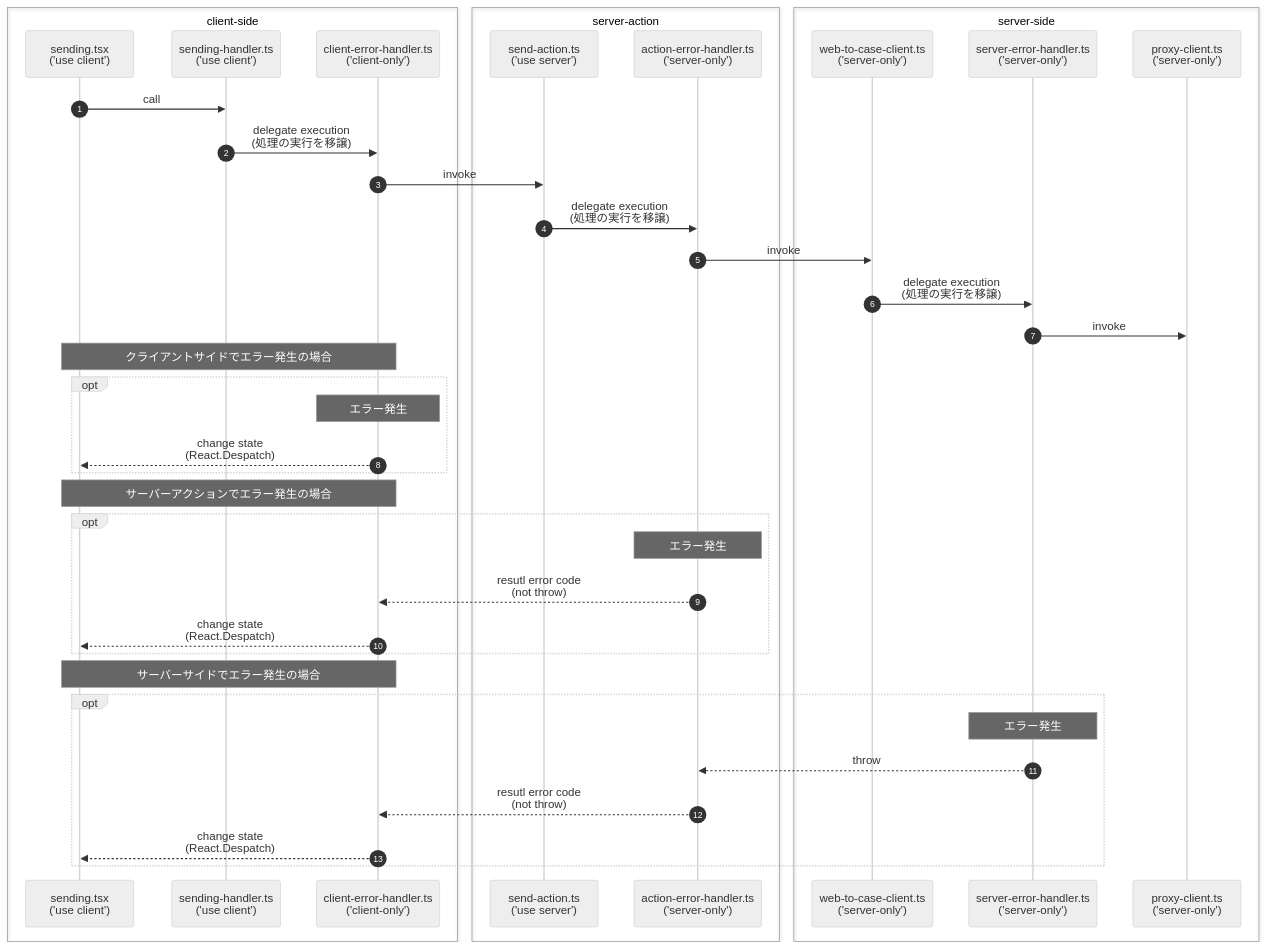
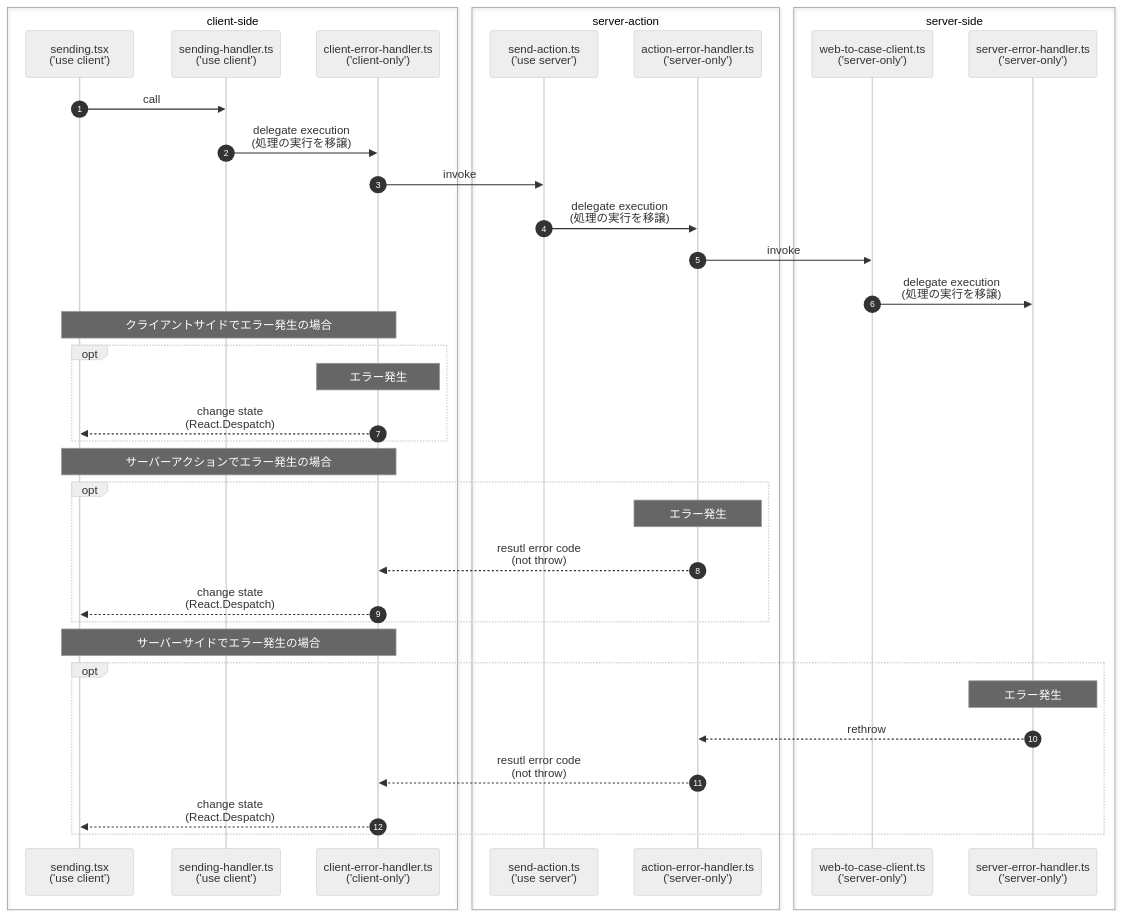
One commit to sudo-yoko/portfolio-nextjs changed the diagram in README.md. Above: the diagram before and after it, drawn with Mermaid (neutral theme). The commit also changed other lines of this file, not shown here.

````diff
--- a/README.md
+++ b/README.md
@@ -112,50 +113,48 @@
 ```mermaid
 sequenceDiagram
 autonumber
 
 box client-side
   participant S as sending.tsx<br>('use client')
   participant SH as sending-handler.ts<br>('use client')
   participant CEH as client-error-handler.ts<br>('client-only')
 end
 
 box server-action
   participant SA as send-action.ts<br>('use server')
   participant AEH as action-error-handler.ts<br>('server-only')
 end
 
 box server-side
   participant WCC as web-to-case-client.ts<br>('server-only')
   participant SEH as server-error-handler.ts<br>('server-only')
-  participant PC as proxy-client.ts<br>('server-only')
 end
 
 S->>SH: call
 SH->>CEH: delegate execution<br>(処理の実行を移譲)
 CEH->>SA: invoke
 SA->>AEH: delegate execution<br>(処理の実行を移譲)
 AEH->>WCC: invoke
 WCC->>SEH: delegate execution<br>(処理の実行を移譲)
-SEH->>PC: invoke
 
 Note over S,CEH: クライアントサイドでエラー発生の場合
 opt
   Note over CEH: エラー発生
   CEH-->>S: change state<br>(React.Despatch)
 end
 
 Note over S,CEH: サーバーアクションでエラー発生の場合
 opt
   Note over AEH: エラー発生
   AEH-->>CEH: resutl error code<br>(not throw)
   CEH-->>S: change state<br>(React.Despatch)
 end
 
 Note over S,CEH: サーバーサイドでエラー発生の場合
 opt
   Note over SEH: エラー発生
-  SEH-->>AEH: throw
+  SEH-->>AEH: rethrow
   AEH-->>CEH: resutl error code<br>(not throw)
   CEH-->>S: change state<br>(React.Despatch)
 end
 ```
````
